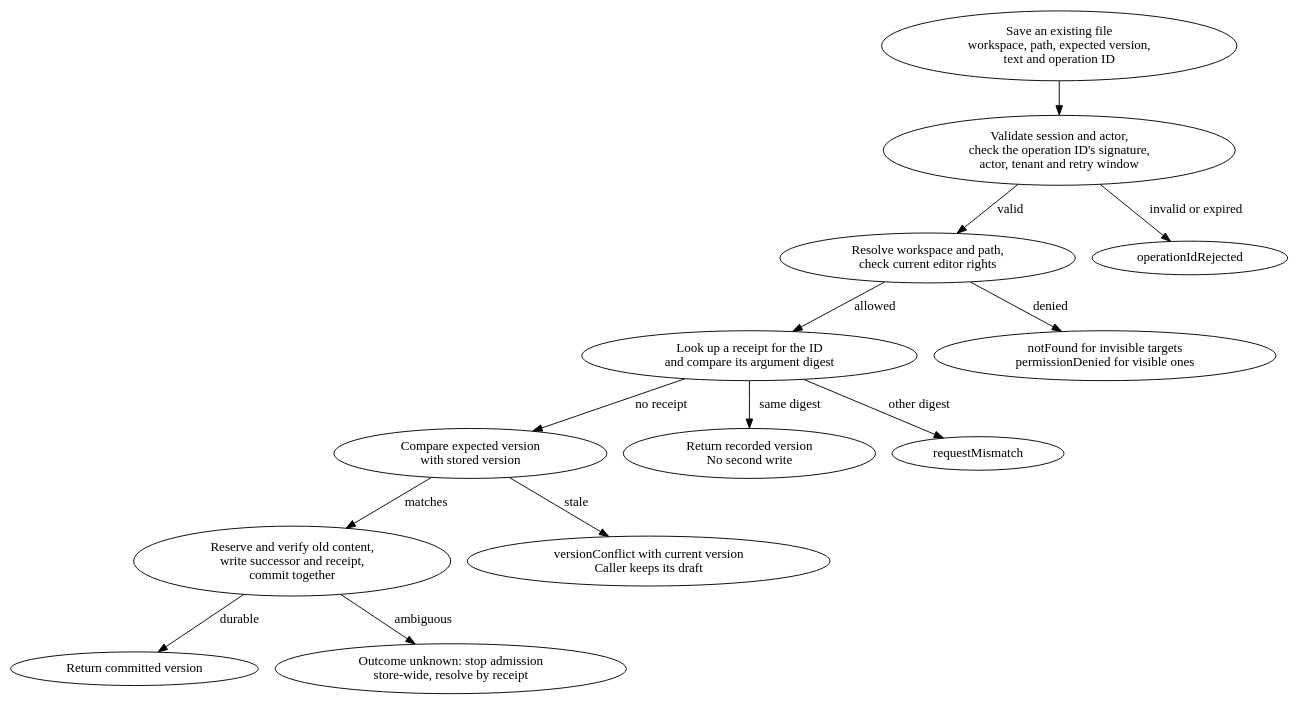
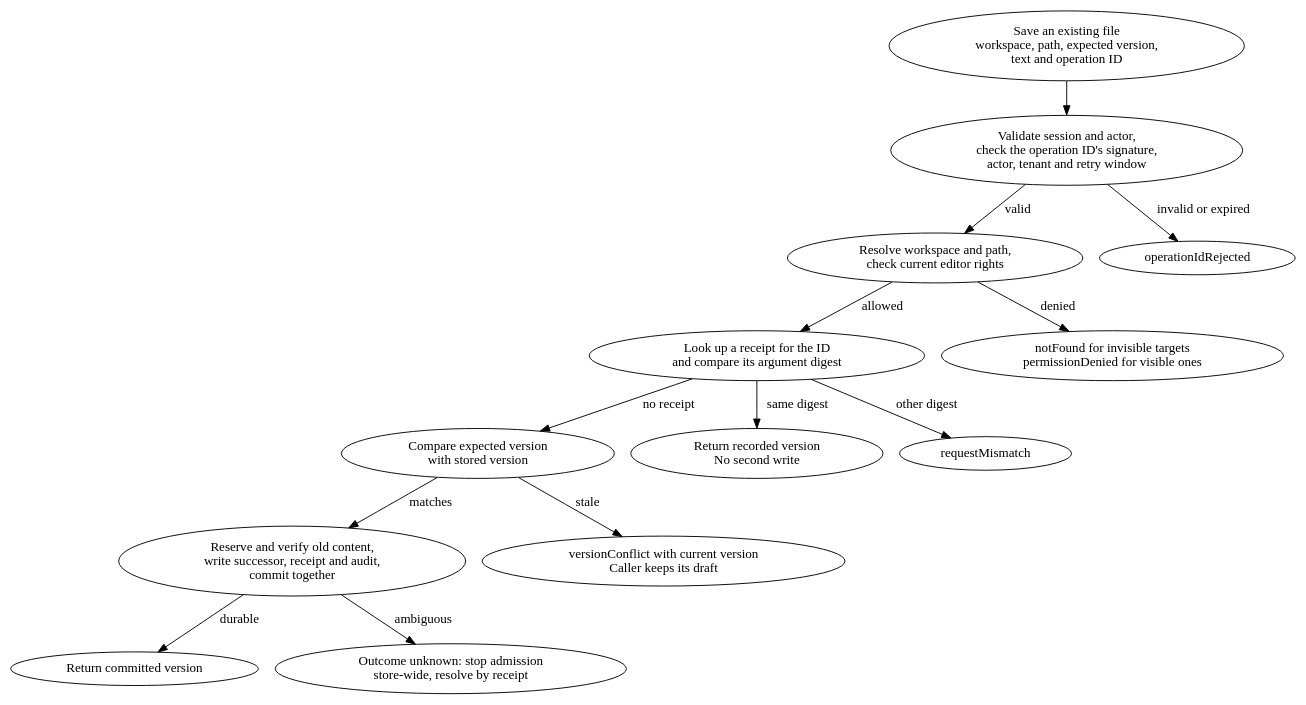
Before and after one commit to jeamy/phi-space: the diagram in docs/img/src/zanzibar-save.dot, drawn with Graphviz. The commit also changed 10 other files, not shown here.

```diff
--- a/docs/img/src/zanzibar-save.dot
+++ b/docs/img/src/zanzibar-save.dot
@@ -1,28 +1,28 @@
 digraph "Saving an existing file inside the tenant queue" {
 #include
 	start [label="Save an existing file\nworkspace, path, expected version,\ntext and operation ID"];
 	opid [label="Validate session and actor,\ncheck the operation ID's signature,\nactor, tenant and retry window"];
 	auth [label="Resolve workspace and path,\ncheck current editor rights"];
 	receipt [label="Look up a receipt for the ID\nand compare its argument digest"];
 	version [label="Compare expected version\nwith stored version"];
-	commit [label="Reserve and verify old content,\nwrite successor and receipt,\ncommit together", fillcolor="#d8eeea"];
+	commit [label="Reserve and verify old content,\nwrite successor, receipt and audit,\ncommit together", fillcolor="#d8eeea"];
 	rejected [label="operationIdRejected", fillcolor="#f8e9e5"];
 	denied [label="notFound for invisible targets\npermissionDenied for visible ones", fillcolor="#f8e9e5"];
 	replay [label="Return recorded version\nNo second write", fillcolor="#d8eeea"];
 	mismatch [label="requestMismatch", fillcolor="#f8e9e5"];
 	conflict [label="versionConflict with current version\nCaller keeps its draft", fillcolor="#fcf2d9"];
 	ok [label="Return committed version", fillcolor="#d8eeea"];
 	unknown [label="Outcome unknown: stop admission\nstore-wide, resolve by receipt", fillcolor="#fcf2d9"];
 	start -> opid;
 	opid -> auth [label="valid"];
 	opid -> rejected [label="invalid or expired"];
 	auth -> receipt [label="allowed"];
 	auth -> denied [label="denied"];
 	receipt -> version [label="no receipt"];
 	receipt -> replay [label="same digest"];
 	receipt -> mismatch [label="other digest"];
 	version -> commit [label="matches"];
 	version -> conflict [label="stale"];
 	commit -> ok [label="durable"];
 	commit -> unknown [label="ambiguous"];
 }
```
